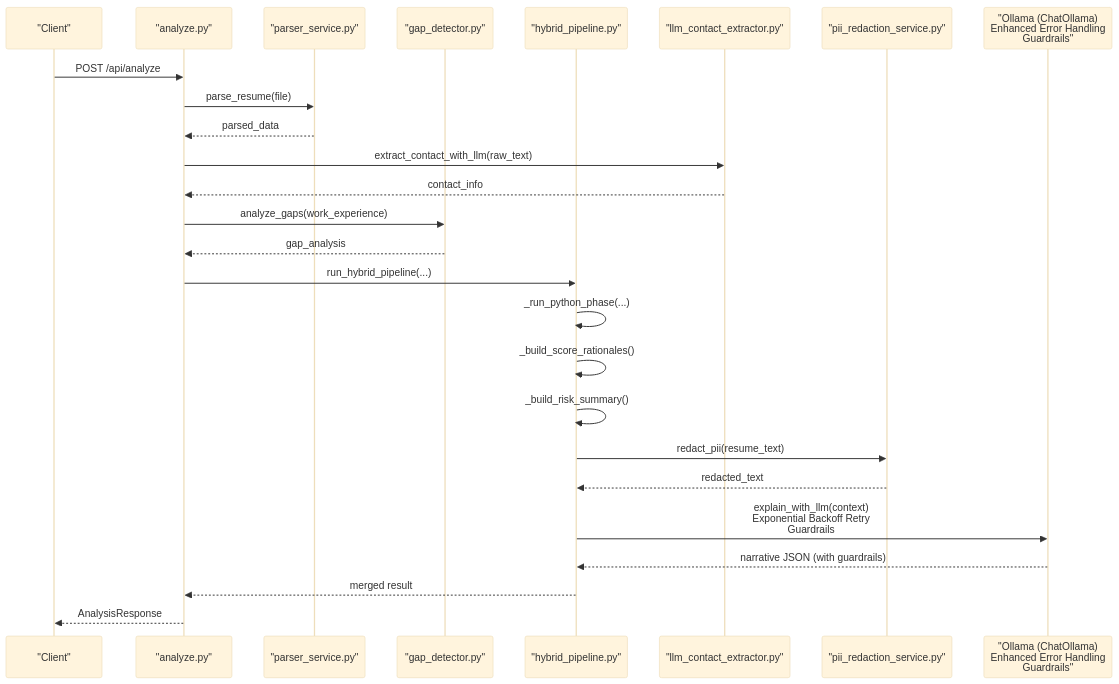
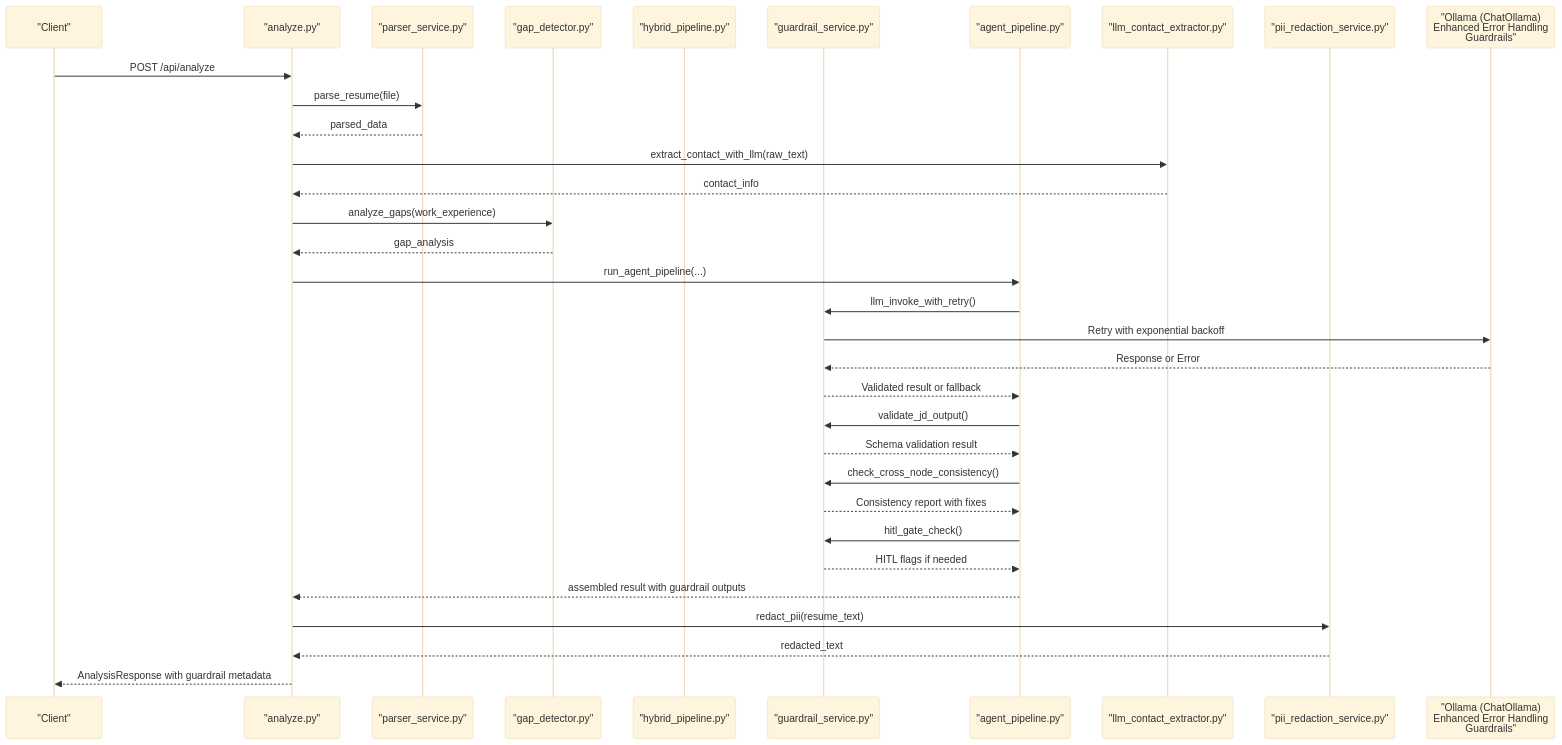
One commit to Revanththetalogics/aireume changed the second of 29 diagrams in .qoder/repowiki/en/content/Analysis Engine/Analysis Engine.md. Above: the diagram before and after it, drawn with Mermaid (base theme). The commit also changed other lines of this file and 21 other files, not shown here.

````diff
--- a/.qoder/repowiki/en/content/Analysis Engine/Analysis Engine.md
+++ b/.qoder/repowiki/en/content/Analysis Engine/Analysis Engine.md
@@ -182,28 +190,35 @@
 ```mermaid
 sequenceDiagram
 participant Client as "Client"
 participant Route as "analyze.py"
 participant Parser as "parser_service.py"
 participant Gap as "gap_detector.py"
 participant Hybrid as "hybrid_pipeline.py"
+participant Guardrail as "guardrail_service.py"
+participant Agent as "agent_pipeline.py"
 participant Contact as "llm_contact_extractor.py"
 participant PII as "pii_redaction_service.py"
 participant LLM as "Ollama (ChatOllama)<br/>Enhanced Error Handling<br/>Guardrails"
 Client->>Route : POST /api/analyze
 Route->>Parser : parse_resume(file)
 Parser-->>Route : parsed_data
 Route->>Contact : extract_contact_with_llm(raw_text)
 Contact-->>Route : contact_info
 Route->>Gap : analyze_gaps(work_experience)
 Gap-->>Route : gap_analysis
-Route->>Hybrid : run_hybrid_pipeline(...)
-Hybrid->>Hybrid : _run_python_phase(...)
-Hybrid->>Hybrid : _build_score_rationales()
-Hybrid->>Hybrid : _build_risk_summary()
-Hybrid->>PII : redact_pii(resume_text)
-PII-->>Hybrid : redacted_text
-Hybrid->>LLM : explain_with_llm(context)<br/>Exponential Backoff Retry<br/>Guardrails
-LLM-->>Hybrid : narrative JSON (with guardrails)
-Hybrid-->>Route : merged result
-Route-->>Client : AnalysisResponse
+Route->>Agent : run_agent_pipeline(...)
+Agent->>Guardrail : llm_invoke_with_retry()
+Guardrail->>LLM : Retry with exponential backoff
+LLM-->>Guardrail : Response or Error
+Guardrail-->>Agent : Validated result or fallback
+Agent->>Guardrail : validate_jd_output()
+Guardrail-->>Agent : Schema validation result
+Agent->>Guardrail : check_cross_node_consistency()
+Guardrail-->>Agent : Consistency report with fixes
+Agent->>Guardrail : hitl_gate_check()
+Guardrail-->>Agent : HITL flags if needed
+Agent-->>Route : assembled result with guardrail outputs
+Route->>PII : redact_pii(resume_text)
+PII-->>Route : redacted_text
+Route-->>Client : AnalysisResponse with guardrail metadata
 ```
````
